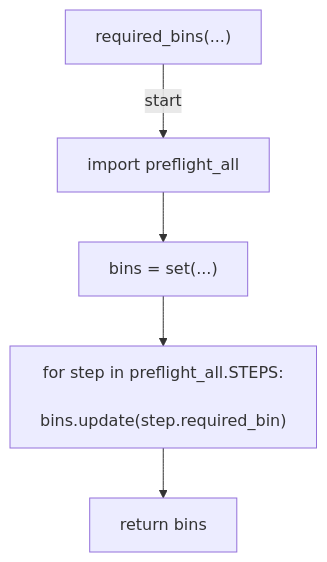
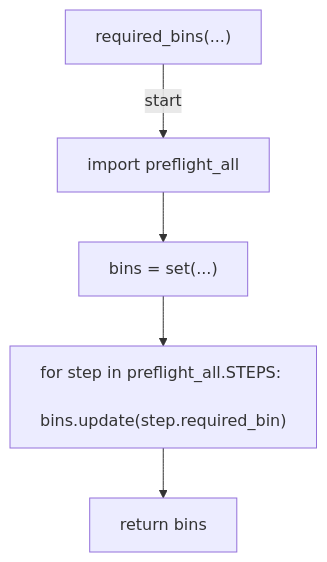
One commit to tvna/claude-md changed the first of 4 diagrams in docs/generated/scripts/ast/scan_devcontainer_tool_drift.md. Above: the diagram before and after it, drawn with Mermaid. The commit also changed other lines of this file and 29 other files, not shown here.

First line of the commit message:
docs(generated): regenerate decision tree and workflow diagrams (batch 3/5)

````diff
--- a/docs/generated/scripts/ast/scan_devcontainer_tool_drift.md
+++ b/docs/generated/scripts/ast/scan_devcontainer_tool_drift.md
@@ -7,13 +7,12 @@
 ```mermaid
 flowchart TD
     N001["required_bins(...)"]
     N002["import preflight_all"]
     N003["bins = set(...)"]
-    N004["for step in preflight_all.STEPS:
-    bins.update(step.required_bin)"]
+    N004["for step in preflight_all.STEPS:     bins.update(step.required_bin)"]
     N005["return bins"]
     N001 -->|"start"| N002
     N002 --> N003
     N003 --> N004
     N004 --> N005
 ```
````
